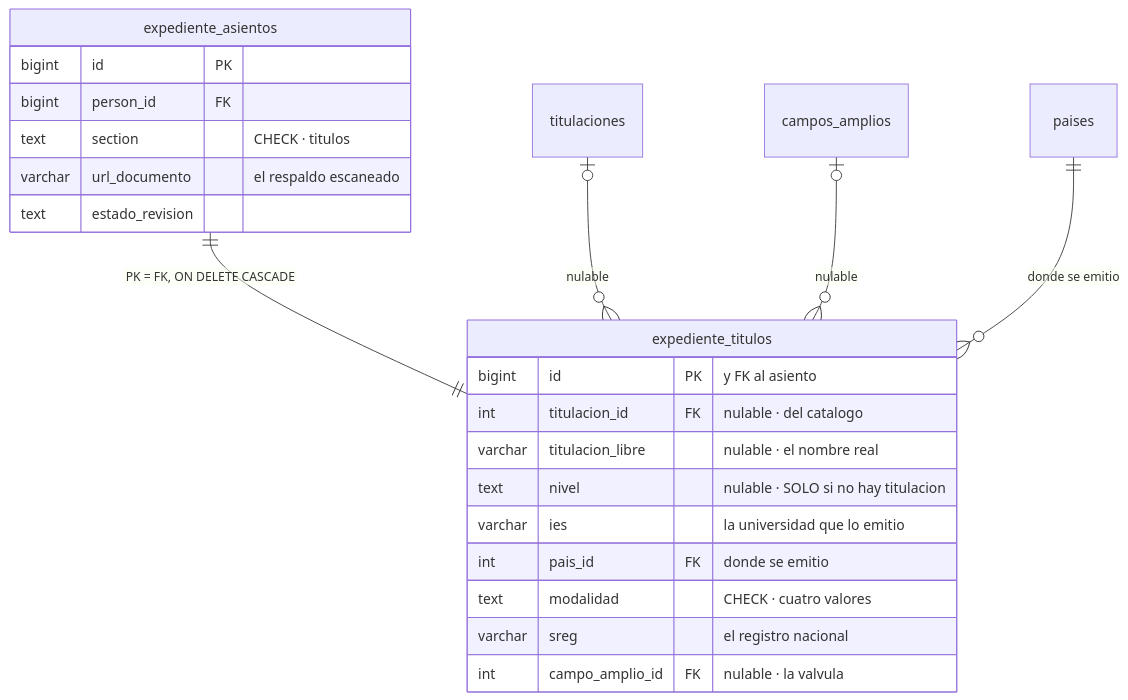
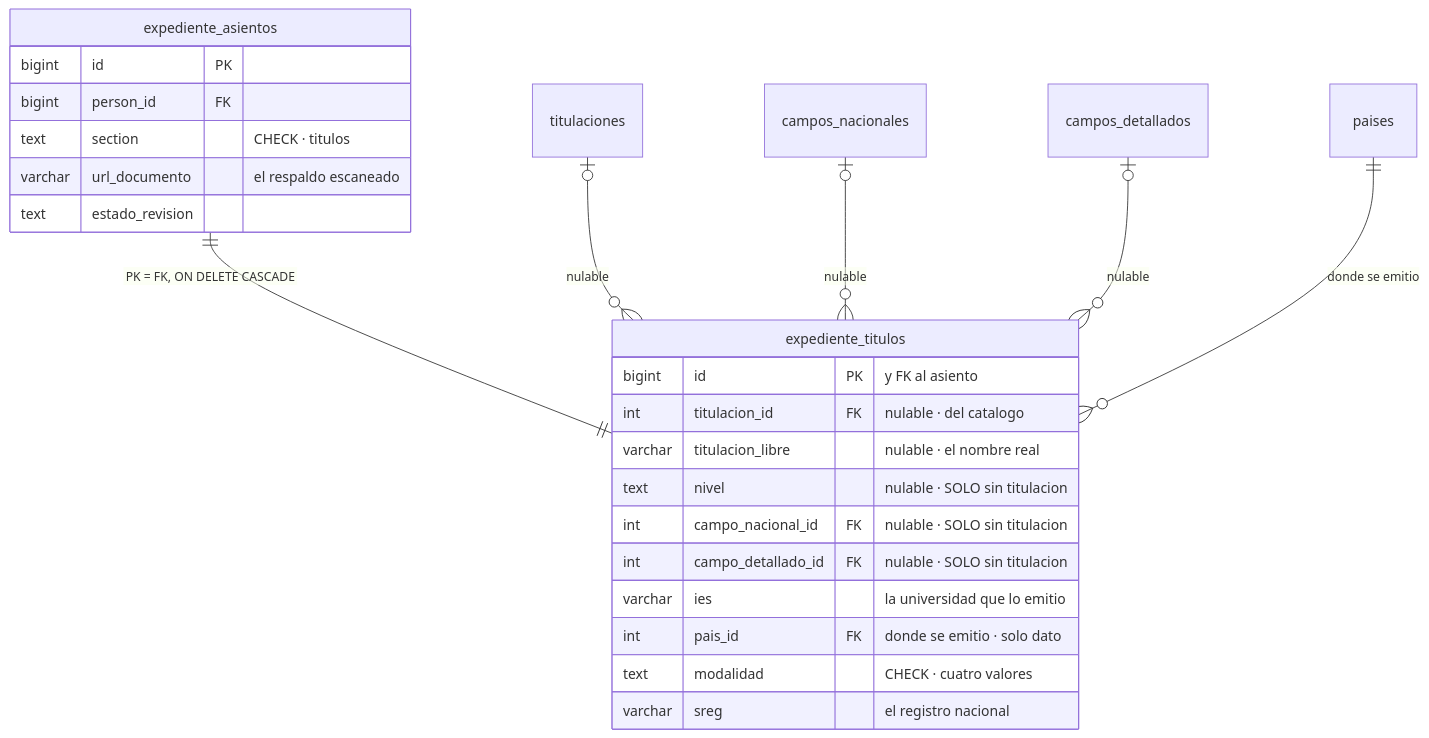
The sixth of 8 diagrams in docs/src/content/docs/complemento/expediente.md (fresvel/deasy), drawn with Mermaid before and after one commit. The commit also changed other lines of this file and 2 other files, not shown here.

````diff
--- a/docs/src/content/docs/complemento/expediente.md
+++ b/docs/src/content/docs/complemento/expediente.md
@@ -389,27 +409,29 @@
 ```mermaid
 erDiagram
   expediente_asientos ||--|| expediente_titulos : "PK = FK, ON DELETE CASCADE"
   titulaciones |o--o{ expediente_titulos : "nulable"
-  campos_amplios |o--o{ expediente_titulos : "nulable"
+  campos_nacionales |o--o{ expediente_titulos : "nulable"
+  campos_detallados |o--o{ expediente_titulos : "nulable"
   paises ||--o{ expediente_titulos : "donde se emitio"
 
   expediente_asientos {
     bigint id PK
     bigint person_id FK
     text section "CHECK · titulos"
     varchar url_documento "el respaldo escaneado"
     text estado_revision
   }
 
   expediente_titulos {
     bigint id PK "y FK al asiento"
     int titulacion_id FK "nulable · del catalogo"
     varchar titulacion_libre "nulable · el nombre real"
-    text nivel "nulable · SOLO si no hay titulacion"
+    text nivel "nulable · SOLO sin titulacion"
+    int campo_nacional_id FK "nulable · SOLO sin titulacion"
+    int campo_detallado_id FK "nulable · SOLO sin titulacion"
     varchar ies "la universidad que lo emitio"
-    int pais_id FK "donde se emitio"
+    int pais_id FK "donde se emitio · solo dato"
     text modalidad "CHECK · cuatro valores"
     varchar sreg "el registro nacional"
-    int campo_amplio_id FK "nulable · la valvula"
   }
 ```
````
